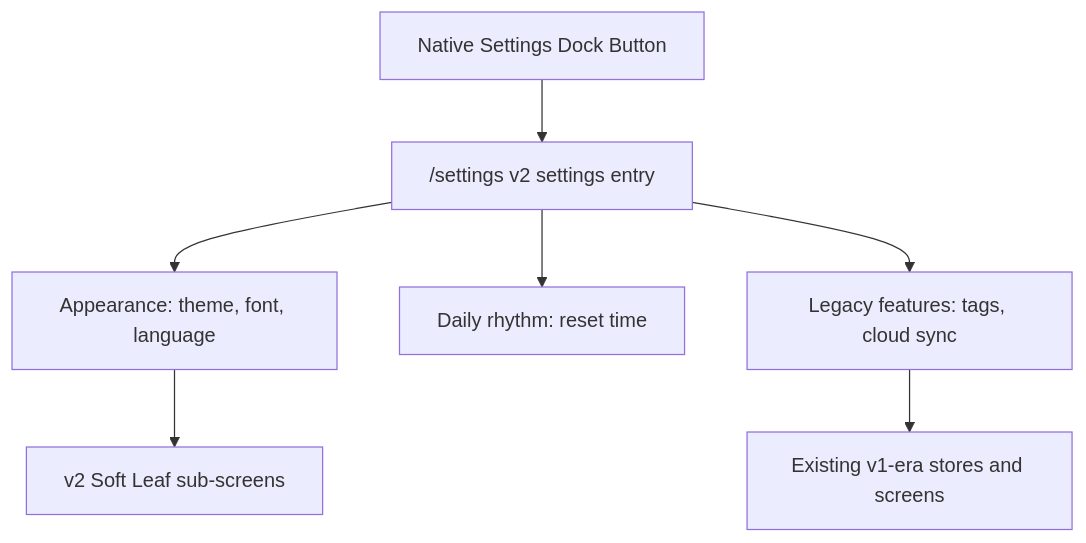
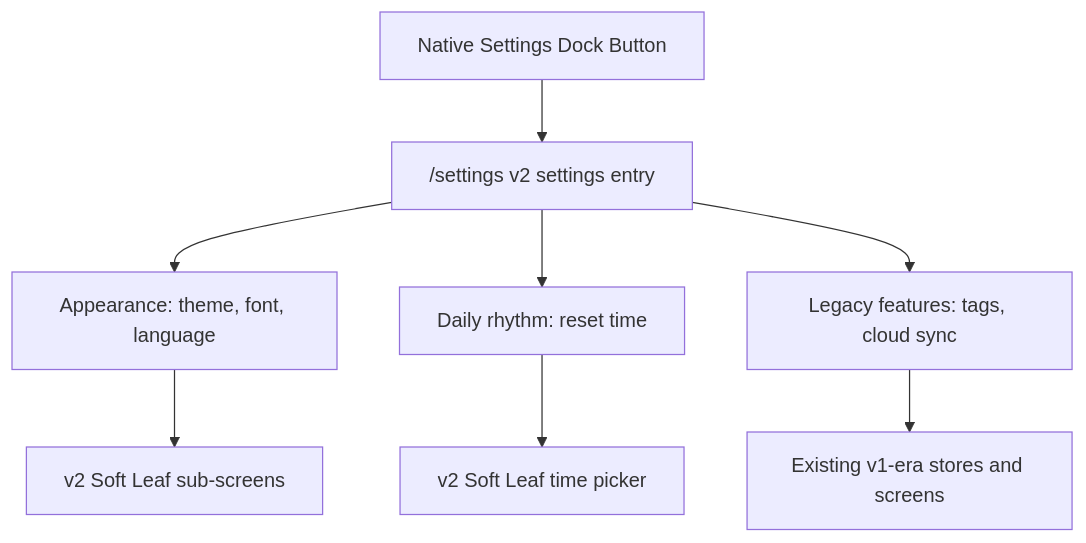
One commit to U-Keun/Tickly changed the diagram in docs/v2-notes/012-settings-redesign-direction.md. Above: the diagram before and after it, drawn with Mermaid. The commit also changed other lines of this file and 37 other files, not shown here.

````diff
--- a/docs/v2-notes/012-settings-redesign-direction.md
+++ b/docs/v2-notes/012-settings-redesign-direction.md
@@ -16,9 +17,10 @@
 ```mermaid
 flowchart TD
   Dock["Native Settings Dock Button"] --> Settings["/settings v2 settings entry"]
   Settings --> Appearance["Appearance: theme, font, language"]
   Appearance --> AppearanceScreens["v2 Soft Leaf sub-screens"]
   Settings --> Daily["Daily rhythm: reset time"]
+  Daily --> ResetTime["v2 Soft Leaf time picker"]
   Settings --> Legacy["Legacy features: tags, cloud sync"]
   Legacy --> V1Flows["Existing v1-era stores and screens"]
 ```
````
